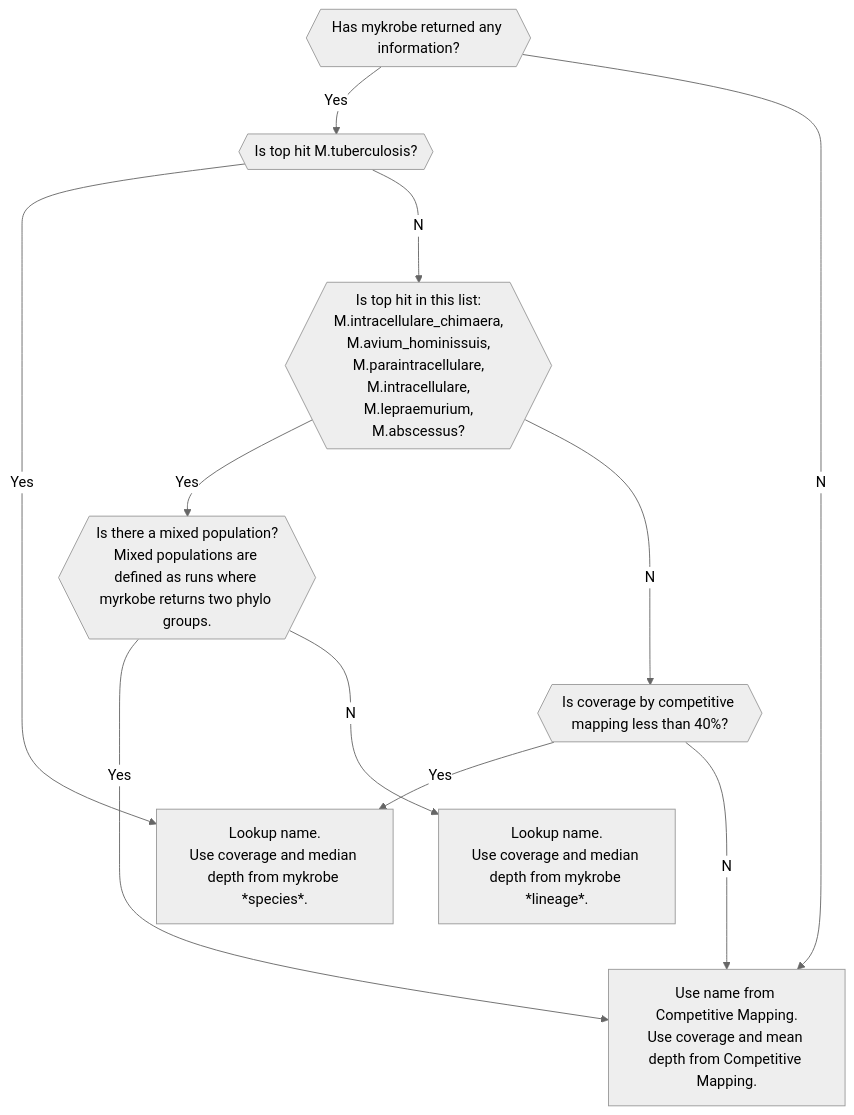
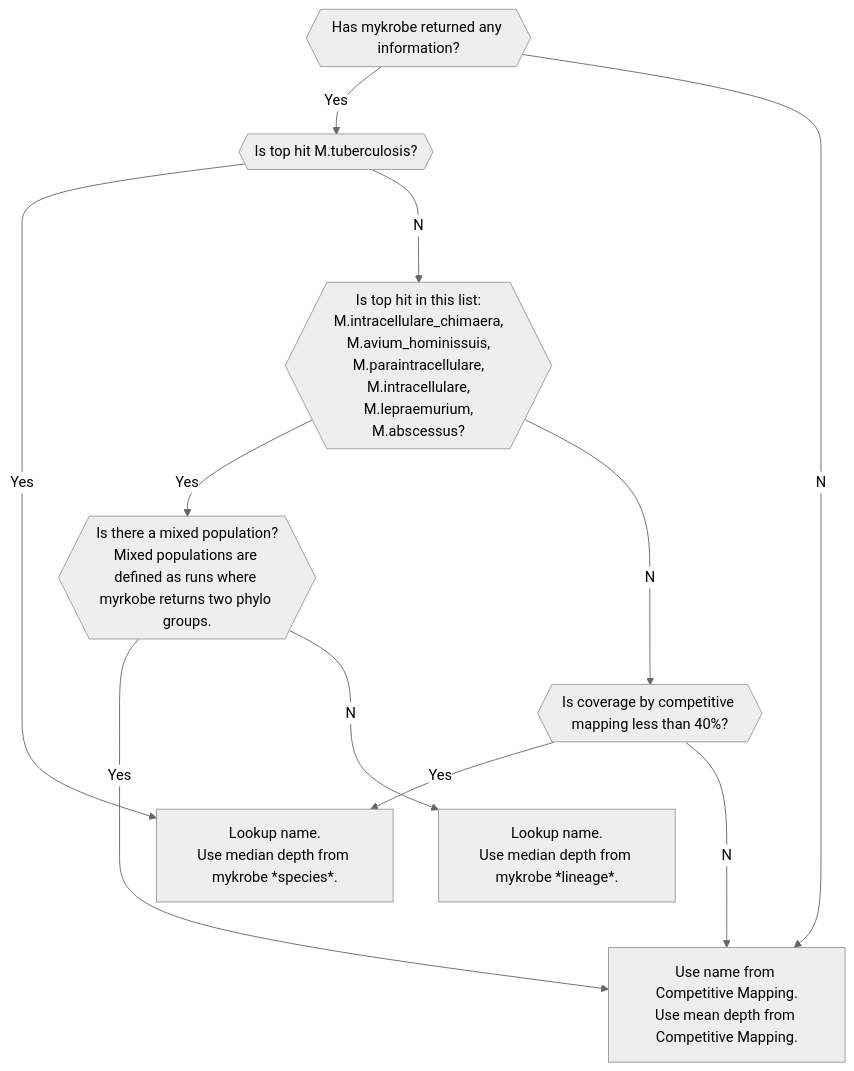
The diagram in speciation.md (softwaremmm/summary_pipeline), drawn with Mermaid (neutral theme) before and after one commit. The commit also changed other lines of this file, not shown here.

Commit message:
docs: Reflect new coverage source

````diff
--- a/speciation.md
+++ b/speciation.md
@@ -77,33 +77,33 @@
 ```mermaid
 graph TD;
     MYKROBE_RETURN{{Has mykrobe returned any information?}};
 
-    ALL_CM[Use name from Competitive Mapping.<br/>Use coverage and mean depth from Competitive Mapping.];
+    ALL_CM[Use name from Competitive Mapping.<br/>Use mean depth from Competitive Mapping.];
 
     TOPHIT_TB{{Is top hit M.tuberculosis?}};
 
-    MYKROBE_SPECIES[Lookup name.<br/>Use coverage and median depth from mykrobe *species*.];
+    MYKROBE_SPECIES[Lookup name.<br/>Use median depth from mykrobe *species*.];
 
     TOPHIT_SPECIAL_NTM{{Is top hit in this list:<br/>M.intracellulare_chimaera,<br/>M.avium_hominissuis,<br/>M.paraintracellulare,<br/>M.intracellulare,<br/>M.lepraemurium,<br/>M.abscessus?}};
 
     MIXED{{Is there a mixed population?<br/>Mixed populations are defined as runs where myrkobe returns two phylo groups.}};
 
-    PROCESS_SPECIAL_NTM_UNMIXED[Lookup name.<br/>Use coverage and median depth from mykrobe *lineage*.];
+    PROCESS_SPECIAL_NTM_UNMIXED[Lookup name.<br/>Use median depth from mykrobe *lineage*.];
 
     LOW_COV{{Is coverage by competitive mapping less than 40%?}};
 
     MYKROBE_RETURN--Yes-->TOPHIT_TB;
     MYKROBE_RETURN--No-->ALL_CM;
 
     TOPHIT_TB--Yes-->MYKROBE_SPECIES;
     TOPHIT_TB--No-->TOPHIT_SPECIAL_NTM;
 
     TOPHIT_SPECIAL_NTM--Yes-->MIXED;
     MIXED--Yes-->ALL_CM;
     MIXED--No-->PROCESS_SPECIAL_NTM_UNMIXED;
     TOPHIT_SPECIAL_NTM--No-->LOW_COV;
 
     LOW_COV--Yes-->MYKROBE_SPECIES;
     LOW_COV--No-->ALL_CM;
 
 ```
````
